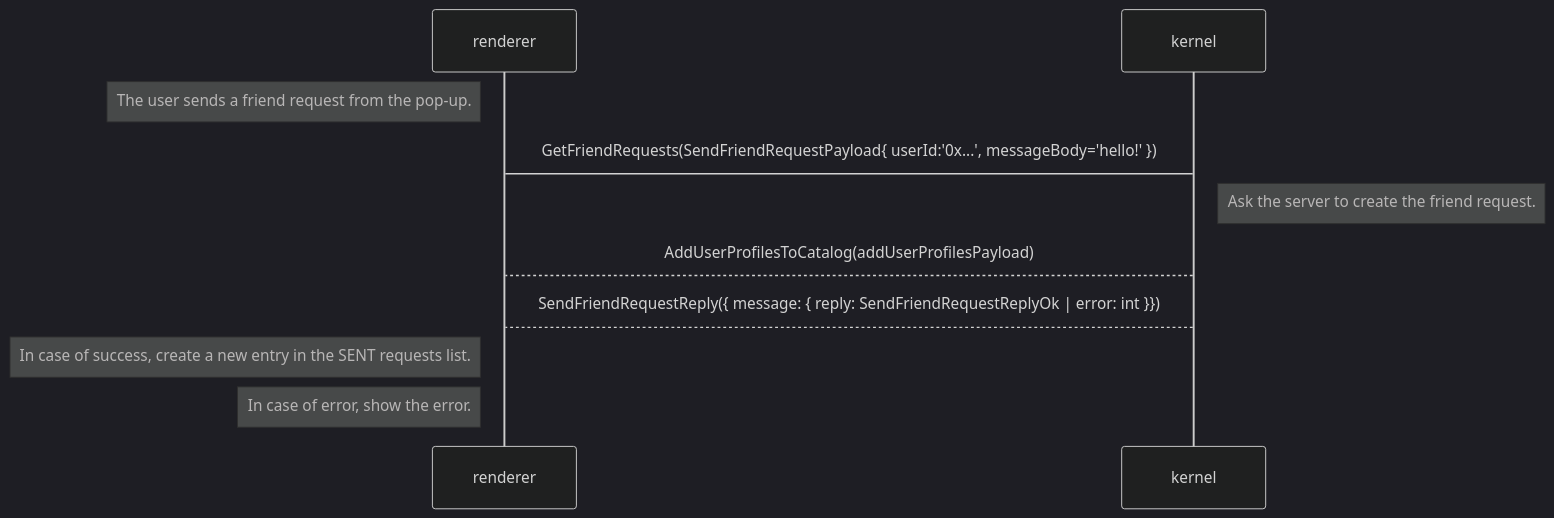
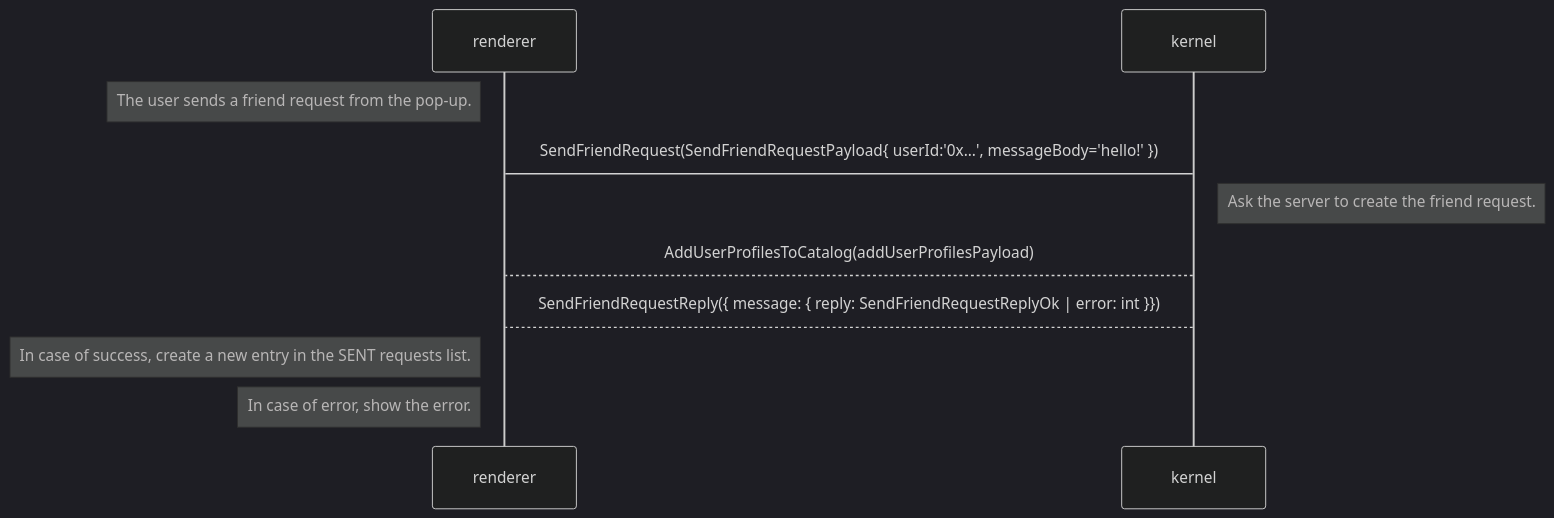
One commit to decentraland/adr changed the first of 5 diagrams in content/ADR-137-new-friend-request.md. Above: the diagram before and after it, drawn with Mermaid (dark theme). The commit also changed other lines of this file, not shown here.

````diff
--- a/content/ADR-137-new-friend-request.md
+++ b/content/ADR-137-new-friend-request.md
@@ -41,13 +41,13 @@
 ```mermaid
 sequenceDiagram
   participant renderer
   participant kernel
   
 note left of renderer: The user sends a friend request from the pop-up.
-renderer->kernel: GetFriendRequests(SendFriendRequestPayload{ userId:'0x...', messageBody='hello!' })
+renderer->kernel: SendFriendRequest(SendFriendRequestPayload{ userId:'0x...', messageBody='hello!' })
 note right of kernel: Ask the server to create the friend request.
 kernel-->renderer: AddUserProfilesToCatalog(addUserProfilesPayload)
 kernel-->renderer: SendFriendRequestReply({ message: { reply: SendFriendRequestReplyOk | error: int }})
 note left of renderer: In case of success, create a new entry in the SENT requests list.
 note left of renderer: In case of error, show the error.
 ```
````
